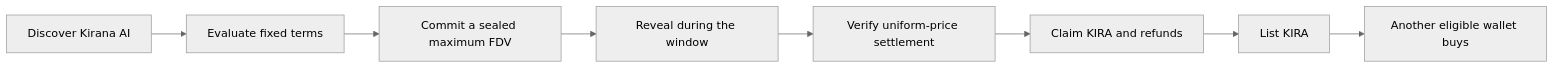
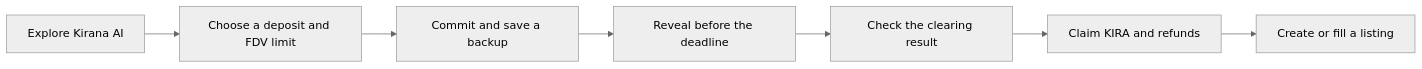
Before and after one commit to EndPx/sama: the diagram in docs/PRODUCT.md, drawn with Mermaid (neutral theme). The commit also changed other lines of this file and 4 other files, not shown here.

````diff
--- a/docs/PRODUCT.md
+++ b/docs/PRODUCT.md
@@ -9,10 +7,9 @@
 ```mermaid
 flowchart LR
-    A[Discover Kirana AI] --> B[Evaluate fixed terms]
-    B --> C[Commit a sealed maximum FDV]
-    C --> D[Reveal during the window]
-    D --> E[Verify uniform-price settlement]
+    A[Explore Kirana AI] --> B[Choose a deposit and FDV limit]
+    B --> C[Commit and save a backup]
+    C --> D[Reveal before the deadline]
+    D --> E[Check the clearing result]
     E --> F[Claim KIRA and refunds]
-    F --> G[List KIRA]
-    G --> H[Another eligible wallet buys]
+    F --> G[Create or fill a listing]
 ```
````
